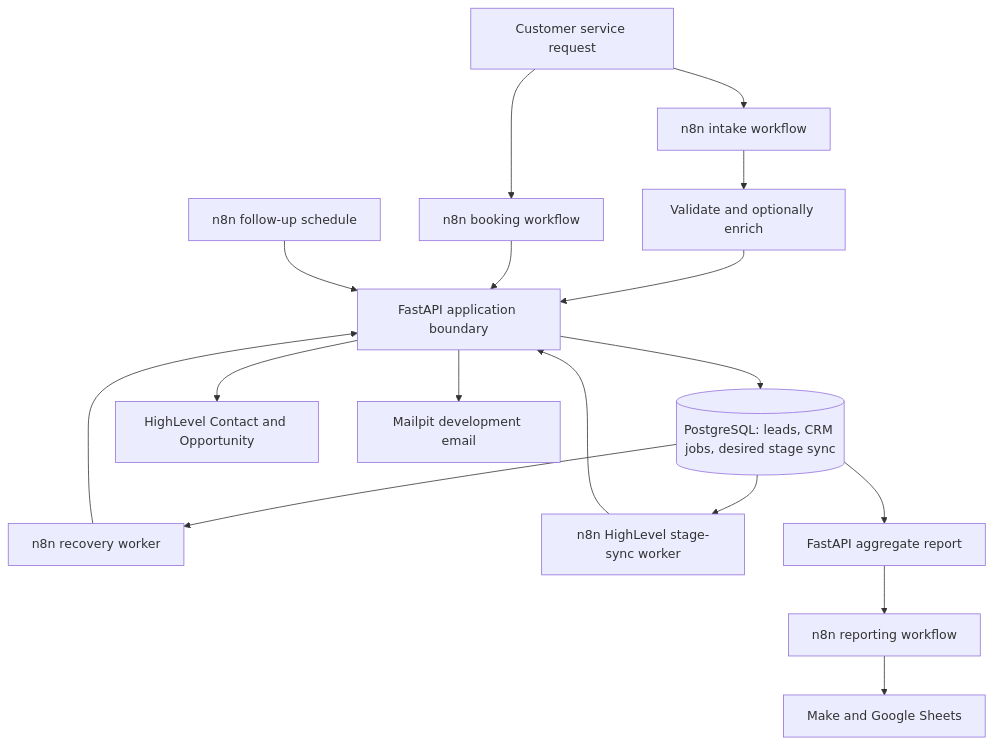
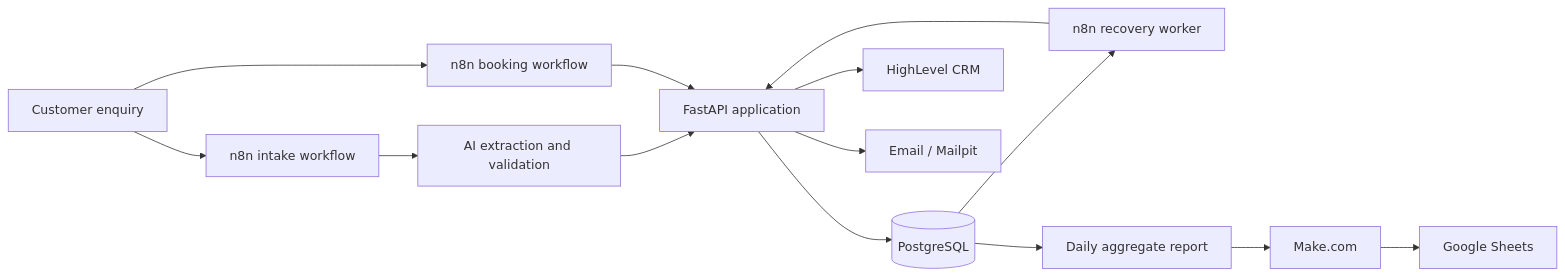
The diagram in README.md (kabbersokhi-boop/client-lead-intake-booking-recovery-automation), drawn with Mermaid before and after one commit. The commit also changed other lines of this file, not shown here.

````diff
--- a/README.md
+++ b/README.md
@@ -42,19 +19,16 @@
 ```mermaid
-flowchart TD
-    Browser[Customer service request] --> Intake[n8n intake workflow]
-    Intake --> AI[Validate and optionally enrich]
-    AI --> API[FastAPI application boundary]
-    API --> DB[(PostgreSQL: leads, CRM jobs, desired stage sync)]
-    API --> CRM[HighLevel Contact and Opportunity]
+flowchart LR
+    Customer[Customer enquiry] --> N8N[n8n intake workflow]
+    N8N --> AI[AI extraction and validation]
+    AI --> API[FastAPI application]
+    API --> DB[(PostgreSQL)]
+    API --> CRM[HighLevel CRM]
     DB --> Recovery[n8n recovery worker]
     Recovery --> API
-    DB --> StageSync[n8n HighLevel stage-sync worker]
-    StageSync --> API
-    Browser --> Booking[n8n booking workflow]
+    Customer --> Booking[n8n booking workflow]
     Booking --> API
-    Followup[n8n follow-up schedule] --> API
-    API --> Email[Mailpit development email]
-    DB --> Report[FastAPI aggregate report]
-    Report --> Reporting[n8n reporting workflow]
-    Reporting --> Make[Make and Google Sheets]
+    API --> Mail[Email / Mailpit]
+    DB --> Report[Daily aggregate report]
+    Report --> Make[Make.com]
+    Make --> Sheets[Google Sheets]
 ```
````
